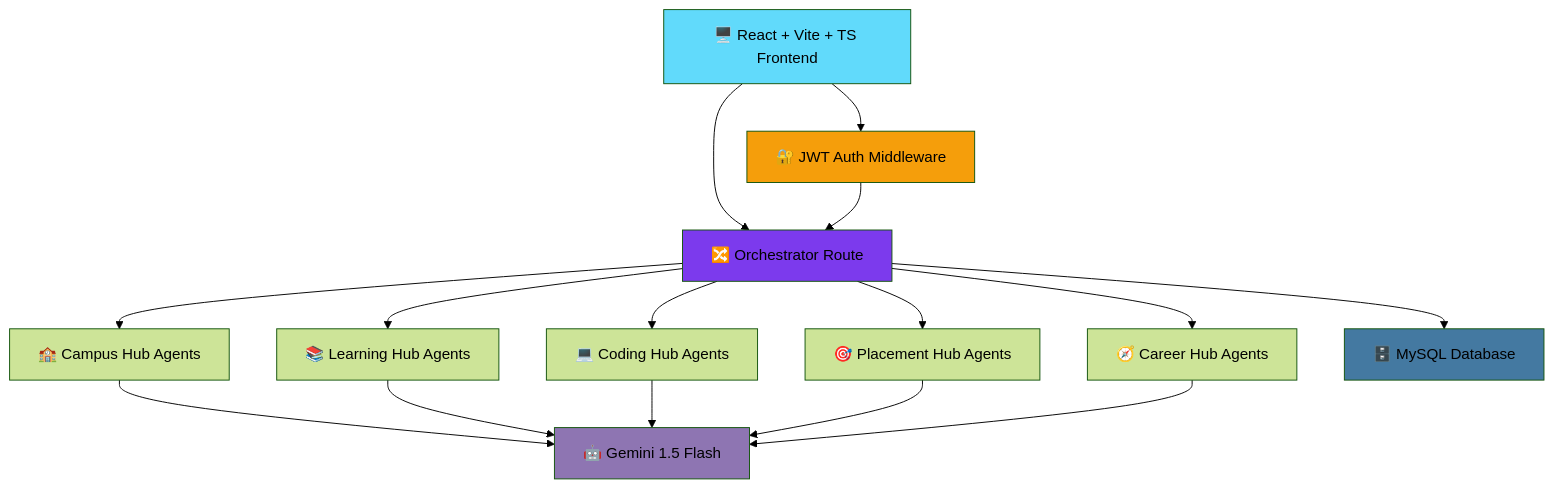
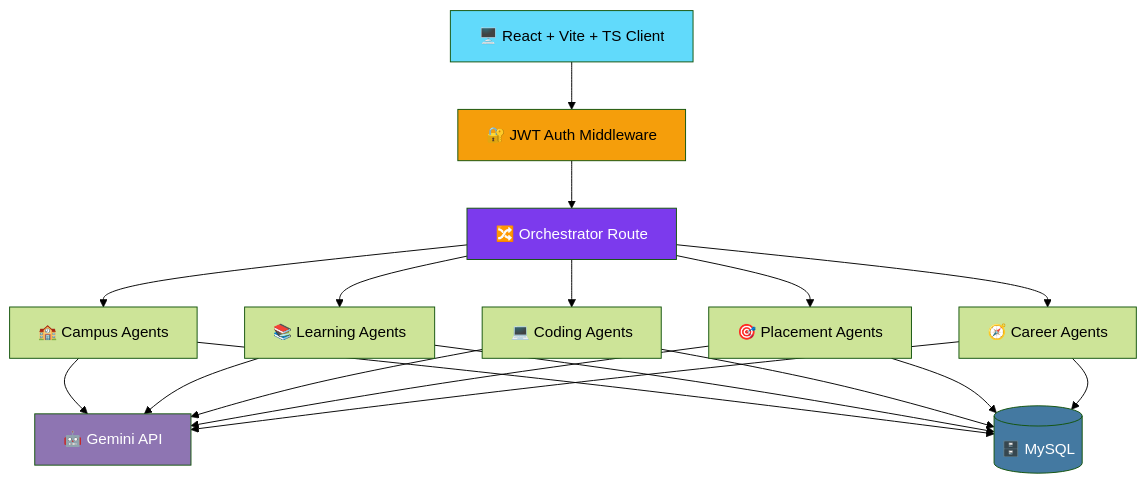
Before and after one commit to HareshK-14/NEROX-AI: the first of 3 diagrams in README.md, drawn with Mermaid (forest theme). The commit also changed other lines of this file, not shown here.

````diff
--- a/README.md
+++ b/README.md
@@ -71,19 +174,18 @@
 ```mermaid
 graph TB
-    A[🖥️ React + Vite + TS Frontend] --> B[🔀 Orchestrator Route]
-    B --> C[🏫 Campus Hub Agents]
-    B --> D[📚 Learning Hub Agents]
-    B --> E[💻 Coding Hub Agents]
-    B --> F[🎯 Placement Hub Agents]
-    B --> G[🧭 Career Hub Agents]
-    C & D & E & F & G --> H[🤖 Gemini 1.5 Flash]
-    B --> I[🗄️ MySQL Database]
-    A --> J[🔐 JWT Auth Middleware]
-    J --> B
+    A[🖥️ React + Vite + TS Client] --> J[🔐 JWT Auth Middleware]
+    J --> B[🔀 Orchestrator Route]
+    B --> C[🏫 Campus Agents]
+    B --> D[📚 Learning Agents]
+    B --> E[💻 Coding Agents]
+    B --> F[🎯 Placement Agents]
+    B --> G[🧭 Career Agents]
+    C & D & E & F & G --> H[🤖 Gemini API]
+    C & D & E & F & G --> I[(🗄️ MySQL)]
 
-    style A fill:#61DAFB
-    style B fill:#7C3AED
-    style H fill:#8E75B2
-    style I fill:#4479A1
-    style J fill:#F59E0B
+    style A fill:#61DAFB,color:#000
+    style J fill:#F59E0B,color:#000
+    style B fill:#7C3AED,color:#fff
+    style H fill:#8E75B2,color:#fff
+    style I fill:#4479A1,color:#fff
 ```
````
